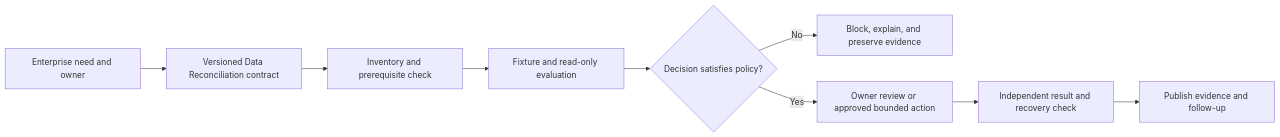
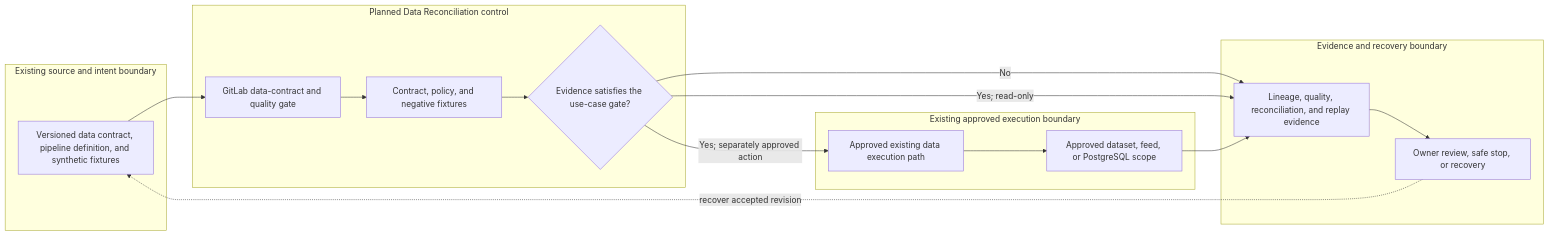
The diagram in docs/use-cases/data/UC-DATA-021-data-reconciliation.md (MIDHTECH/enterprise-architecture-docs), drawn with Mermaid before and after one commit. The commit also changed other lines of this file and 227 other files, not shown here.

Commit message:
Deepen architecture for all use case designs

````diff
--- a/docs/use-cases/data/UC-DATA-021-data-reconciliation.md
+++ b/docs/use-cases/data/UC-DATA-021-data-reconciliation.md
@@ -136,11 +129,25 @@
 ```mermaid
 flowchart LR
-    Need["Enterprise need and owner"] --> Contract["Versioned Data Reconciliation contract"]
-    Contract --> Preflight["Inventory and prerequisite check"]
-    Preflight --> Evaluate["Fixture and read-only evaluation"]
-    Evaluate --> Decision{"Decision satisfies policy?"}
-    Decision -->|No| Stop["Block, explain, and preserve evidence"]
-    Decision -->|Yes| Review["Owner review or approved bounded action"]
-    Review --> Verify["Independent result and recovery check"]
-    Verify --> Publish["Publish evidence and follow-up"]
+    subgraph Source["Existing source and intent boundary"]
+        A["Versioned data contract, pipeline definition, and synthetic fixtures"]
+    end
+    subgraph Planned["Planned Data Reconciliation control"]
+        B["GitLab data-contract and quality gate"]
+        C["Contract, policy, and negative fixtures"]
+        D{"Evidence satisfies the use-case gate?"}
+    end
+    subgraph Runtime["Existing approved execution boundary"]
+        E["Approved existing data execution path"]
+        F["Approved dataset, feed, or PostgreSQL scope"]
+    end
+    subgraph Assurance["Evidence and recovery boundary"]
+        G["Lineage, quality, reconciliation, and replay evidence"]
+        H["Owner review, safe stop, or recovery"]
+    end
+
+    A --> B --> C --> D
+    D -->|No| G --> H
+    D -->|Yes; read-only| G
+    D -->|Yes; separately approved action| E --> F --> G
+    H -. recover accepted revision .-> A
 ```
````
